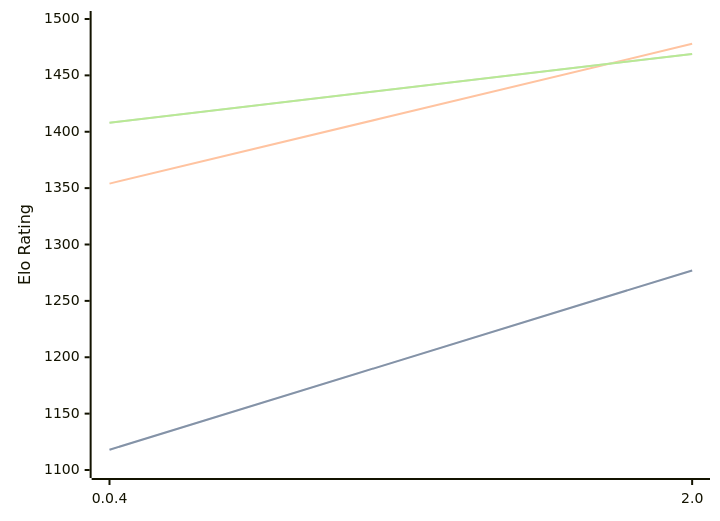
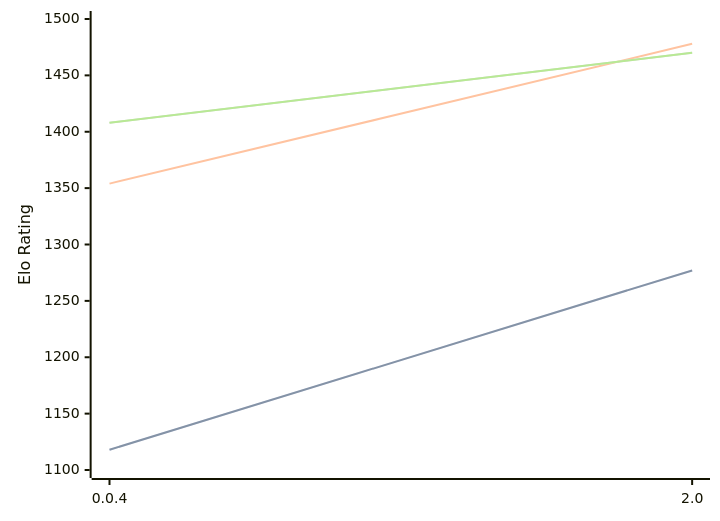
Before and after one commit to computer-chess-index/cci: the diagram in engines/Oops!Mate.md, drawn with Mermaid. The commit also changed other lines of this file, not shown here.

Commit message:
Update CCI Ratings (ELO VLTC) - 2026-04-08

````diff
--- a/engines/Oops!Mate.md
+++ b/engines/Oops!Mate.md
@@ -51,11 +51,11 @@
 ```mermaid
 %%{init: {"theme":"base","themeVariables":{"seriesColors:['#a3a3a3','#222221','#faa371']}}}%%
 xychart-beta
   x-axis ["0.0.4", "2.0"]
   y-axis "Elo Rating" 1100 --> 1500
   line "STC (8.0+0.08s)" [1118, 1277]
   line "STC (8.0+0.08s)" [1118, 1277]
   line "LTC (60.0+0.60s)" [1354, 1478]
-  line "VLTC (2m24s+1.12s)" [1408, 1469]
-  line "VLTC (2m24s+1.12s)" [1408, 1469]
+  line "VLTC (2m24s+1.12s)" [1408, 1470]
+  line "VLTC (2m24s+1.12s)" [1408, 1470]
 ```
````
